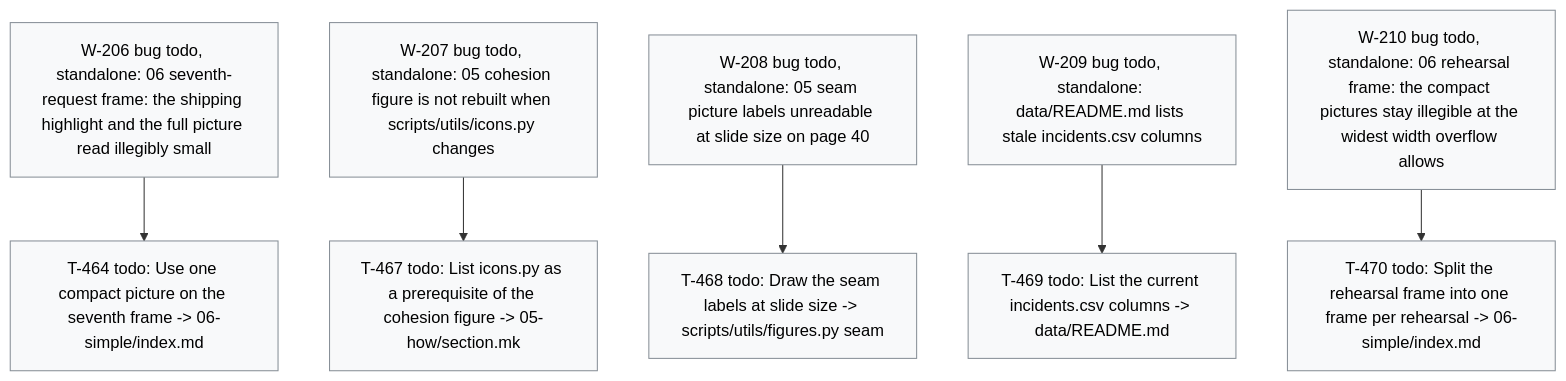
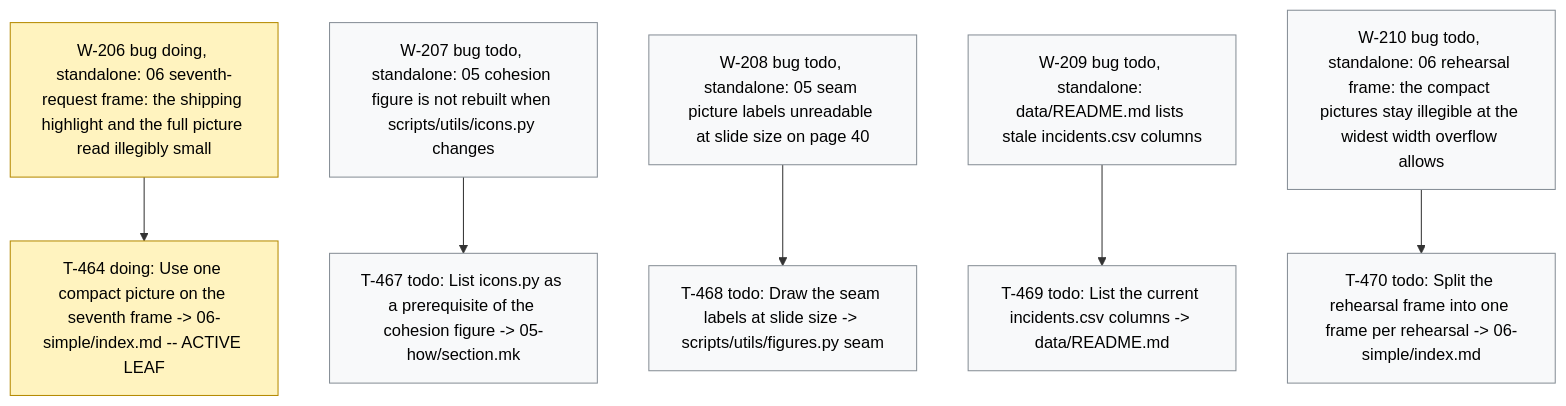
One commit to dpopchev/chaos-to-simple changed the diagram in .board/BOARD.md. Above: the diagram before and after it, drawn with Mermaid. The commit also changed other lines of this file and 2 other files, not shown here.

Commit message:
chore(board): activate W-206, start T-464
Refs: W-206 T-464

````diff
--- a/.board/BOARD.md
+++ b/.board/BOARD.md
@@ -1218,19 +1218,20 @@
 ```mermaid
 flowchart TD
-  W206["W-206 bug todo, standalone: 06 seventh-request frame: the shipping highlight and the full picture read illegibly small"]
-  W206 --> T464["T-464 todo: Use one compact picture on the seventh frame -> 06-simple/index.md"]
+  W206["W-206 bug doing, standalone: 06 seventh-request frame: the shipping highlight and the full picture read illegibly small"]
+  W206 --> T464["T-464 doing: Use one compact picture on the seventh frame -> 06-simple/index.md -- ACTIVE LEAF"]
   W207["W-207 bug todo, standalone: 05 cohesion figure is not rebuilt when scripts/utils/icons.py changes"]
   W207 --> T467["T-467 todo: List icons.py as a prerequisite of the cohesion figure -> 05-how/section.mk"]
   W208["W-208 bug todo, standalone: 05 seam picture labels unreadable at slide size on page 40"]
   W208 --> T468["T-468 todo: Draw the seam labels at slide size -> scripts/utils/figures.py seam"]
   W209["W-209 bug todo, standalone: data/README.md lists stale incidents.csv columns"]
   W209 --> T469["T-469 todo: List the current incidents.csv columns -> data/README.md"]
   W210["W-210 bug todo, standalone: 06 rehearsal frame: the compact pictures stay illegible at the widest width overflow allows"]
   W210 --> T470["T-470 todo: Split the rehearsal frame into one frame per rehearsal -> 06-simple/index.md"]
   classDef doing fill:#fff3bf,stroke:#b58900,color:#000;
   classDef blocked fill:#ffe3e3,stroke:#c92a2a,color:#000;
   classDef done fill:#e6ffed,stroke:#2b8a3e,color:#000;
   classDef todo fill:#f8f9fa,stroke:#868e96,color:#000;
   classDef pruned fill:#f1f3f5,stroke:#adb5bd,color:#000;
-  class W206,T464,W207,T467,W208,T468,W209,T469,W210,T470 todo
+  class W206,T464 doing
+  class W207,T467,W208,T468,W209,T469,W210,T470 todo
 ```
````
